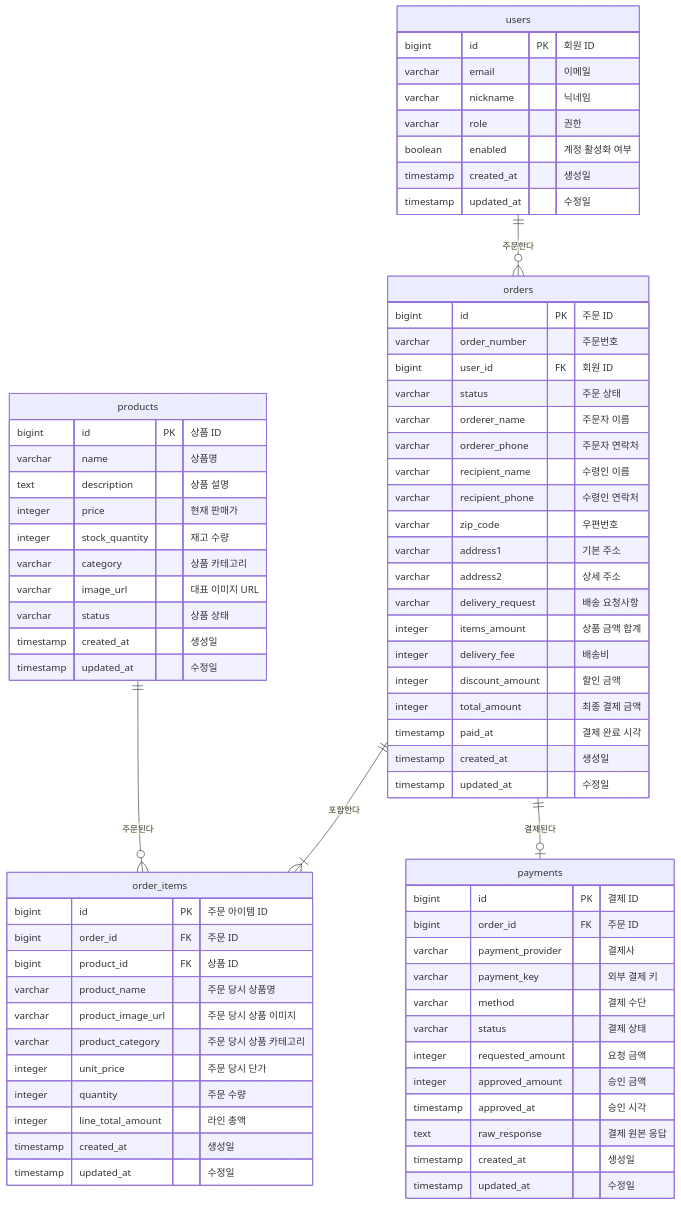
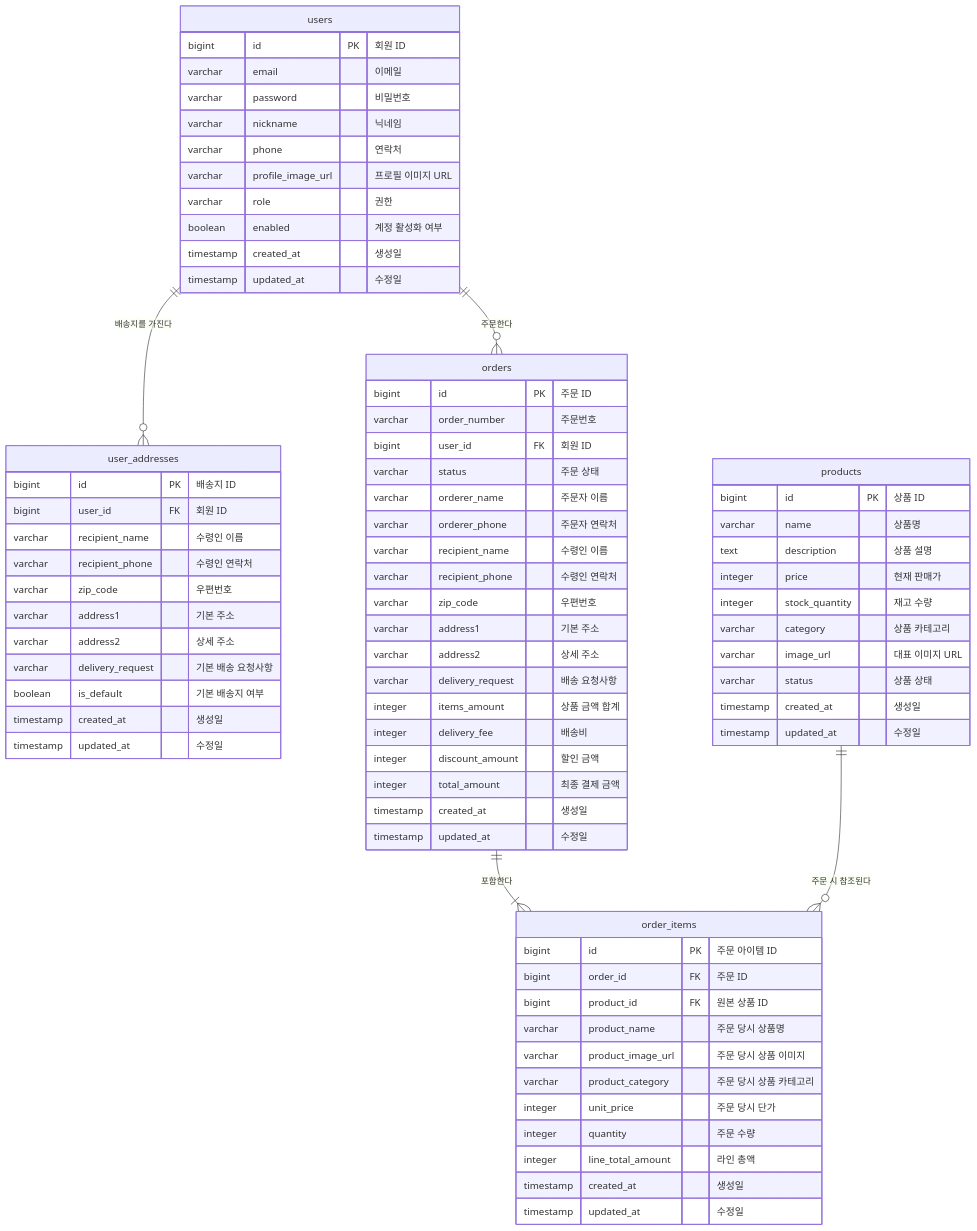
One commit to dota-pilot1/banchan-killer changed the diagram in docs-for-프로젝트 관리/상품 구매 구현 계획 및 리뷰/상품 구매 구현/주문서 작성/테이블 설계/주문서 작성 관련 테이블 erd.mmd. Above: the diagram before and after it, drawn with Mermaid. The commit also changed 2 other files, not shown here.

```diff
--- a/docs-for-프로젝트 관리/상품 구매 구현 계획 및 리뷰/상품 구매 구현/주문서 작성/테이블 설계/주문서 작성 관련 테이블 erd.mmd
+++ b/docs-for-프로젝트 관리/상품 구매 구현 계획 및 리뷰/상품 구매 구현/주문서 작성/테이블 설계/주문서 작성 관련 테이블 erd.mmd
@@ -1,79 +1,80 @@
 erDiagram
     users {
         bigint id PK "회원 ID"
         varchar email "이메일"
+        varchar password "비밀번호"
         varchar nickname "닉네임"
+        varchar phone "연락처"
+        varchar profile_image_url "프로필 이미지 URL"
         varchar role "권한"
         boolean enabled "계정 활성화 여부"
+        timestamp created_at "생성일"
+        timestamp updated_at "수정일"
+    }
+
+    user_addresses {
+        bigint id PK "배송지 ID"
+        bigint user_id FK "회원 ID"
+        varchar recipient_name "수령인 이름"
+        varchar recipient_phone "수령인 연락처"
+        varchar zip_code "우편번호"
+        varchar address1 "기본 주소"
+        varchar address2 "상세 주소"
+        varchar delivery_request "기본 배송 요청사항"
+        boolean is_default "기본 배송지 여부"
         timestamp created_at "생성일"
         timestamp updated_at "수정일"
     }
 
     products {
         bigint id PK "상품 ID"
         varchar name "상품명"
         text description "상품 설명"
         integer price "현재 판매가"
         integer stock_quantity "재고 수량"
         varchar category "상품 카테고리"
         varchar image_url "대표 이미지 URL"
         varchar status "상품 상태"
         timestamp created_at "생성일"
         timestamp updated_at "수정일"
     }
 
     orders {
         bigint id PK "주문 ID"
         varchar order_number "주문번호"
         bigint user_id FK "회원 ID"
         varchar status "주문 상태"
         varchar orderer_name "주문자 이름"
         varchar orderer_phone "주문자 연락처"
         varchar recipient_name "수령인 이름"
         varchar recipient_phone "수령인 연락처"
         varchar zip_code "우편번호"
         varchar address1 "기본 주소"
         varchar address2 "상세 주소"
         varchar delivery_request "배송 요청사항"
         integer items_amount "상품 금액 합계"
         integer delivery_fee "배송비"
         integer discount_amount "할인 금액"
         integer total_amount "최종 결제 금액"
-        timestamp paid_at "결제 완료 시각"
         timestamp created_at "생성일"
         timestamp updated_at "수정일"
     }
 
     order_items {
         bigint id PK "주문 아이템 ID"
         bigint order_id FK "주문 ID"
-        bigint product_id FK "상품 ID"
+        bigint product_id FK "원본 상품 ID"
         varchar product_name "주문 당시 상품명"
         varchar product_image_url "주문 당시 상품 이미지"
         varchar product_category "주문 당시 상품 카테고리"
         integer unit_price "주문 당시 단가"
         integer quantity "주문 수량"
         integer line_total_amount "라인 총액"
         timestamp created_at "생성일"
         timestamp updated_at "수정일"
     }
 
-    payments {
-        bigint id PK "결제 ID"
-        bigint order_id FK "주문 ID"
-        varchar payment_provider "결제사"
-        varchar payment_key "외부 결제 키"
-        varchar method "결제 수단"
-        varchar status "결제 상태"
-        integer requested_amount "요청 금액"
-        integer approved_amount "승인 금액"
-        timestamp approved_at "승인 시각"
-        text raw_response "결제 원본 응답"
-        timestamp created_at "생성일"
-        timestamp updated_at "수정일"
-    }
-
+    users ||--o{ user_addresses : "배송지를 가진다"
     users ||--o{ orders : "주문한다"
     orders ||--|{ order_items : "포함한다"
-    products ||--o{ order_items : "주문된다"
-    orders ||--o| payments : "결제된다"
+    products ||--o{ order_items : "주문 시 참조된다"
```
